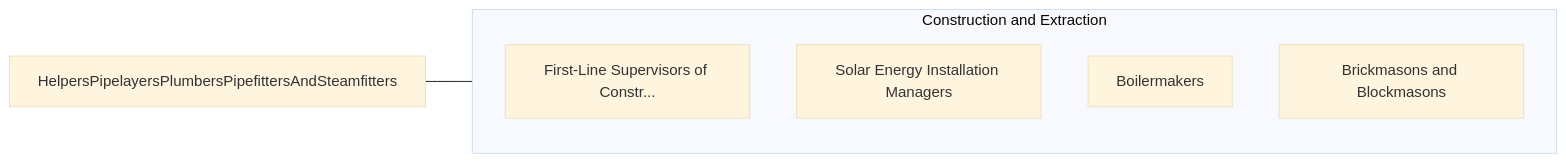
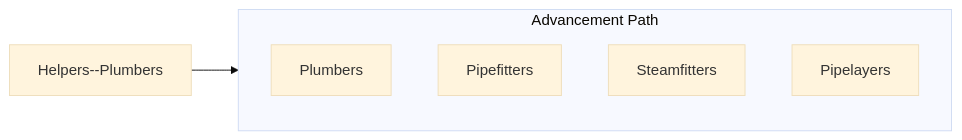
One commit to kziemski/business.org.ai changed the fourth of 4 diagrams in occupations/Construction/HelpersPipelayersPlumbersPipefittersAndSteamfitters.mdx. Above: the diagram before and after it, drawn with Mermaid (base theme). The commit also changed other lines of this file and 938 other files, not shown here.

````diff
--- a/occupations/Construction/HelpersPipelayersPlumbersPipefittersAndSteamfitters.mdx
+++ b/occupations/Construction/HelpersPipelayersPlumbersPipefittersAndSteamfitters.mdx
@@ -118,13 +145,13 @@
 ```mermaid
 graph LR
-    Current["HelpersPipelayersPlumbersPipefittersAndSteamfitters"]
+    Current["Helpers--Plumbers"]
 
-    subgraph SameCategory["Construction and Extraction"]
-        FirstLineSupervisors["First-Line Supervisors of Constr..."]
-        SolarEnergyInstallat["Solar Energy Installation Managers"]
-        Boilermakers["Boilermakers"]
-        BrickmasonsAndBlockm["Brickmasons and Blockmasons"]
+    subgraph Advancement["Advancement Path"]
+        Plumber["Plumbers"]
+        Pipefitter["Pipefitters"]
+        Steamfitter["Steamfitters"]
+        Pipelayer["Pipelayers"]
     end
 
-    Current --- SameCategory
+    Current --> Advancement
 ```
````
